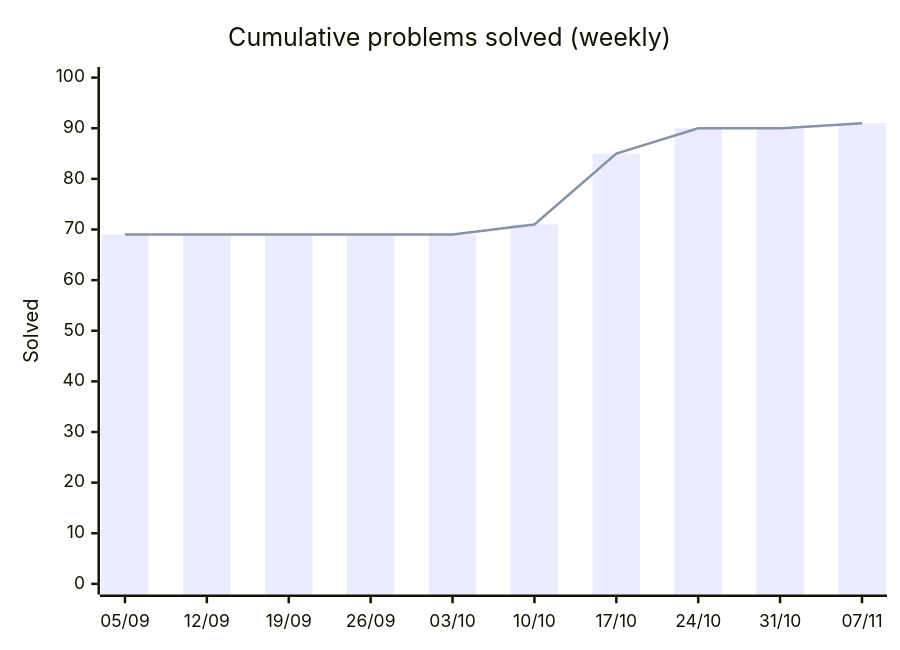
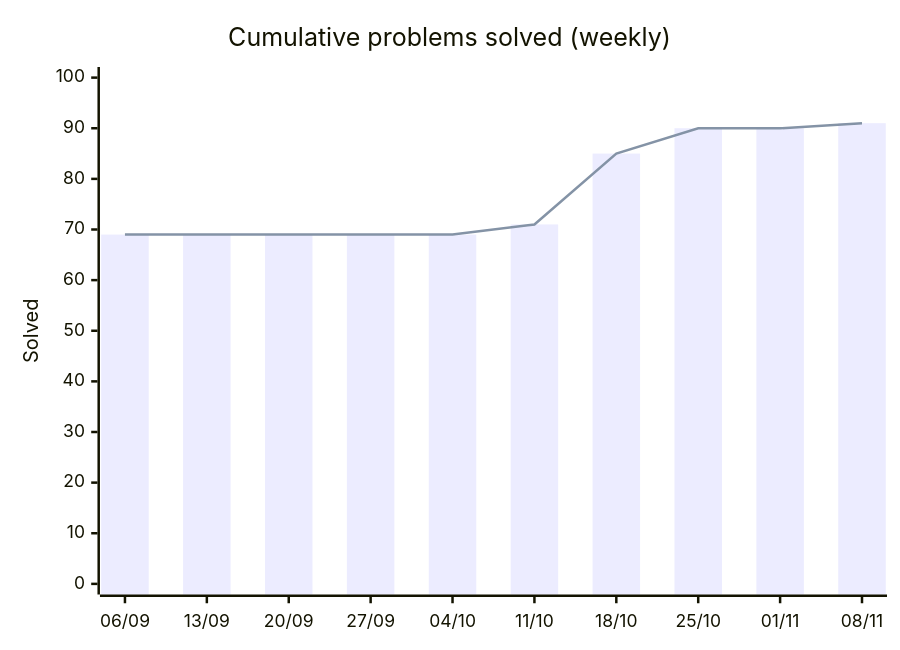
One commit to HarryTrn/TensorTonic-Solutions changed the first of 2 diagrams in README.md. Above: the diagram before and after it, drawn with Mermaid. The commit also changed other lines of this file, not shown here.

Commit message:
docs: auto-update README [skip ci]

````diff
--- a/README.md
+++ b/README.md
@@ -65,8 +65,8 @@
 ```mermaid
 xychart-beta
     title "Cumulative problems solved (weekly)"
-    x-axis ["05/09", "12/09", "19/09", "26/09", "03/10", "10/10", "17/10", "24/10", "31/10", "07/11"]
+    x-axis ["06/09", "13/09", "20/09", "27/09", "04/10", "11/10", "18/10", "25/10", "01/11", "08/11"]
     y-axis "Solved" 0 --> 100
     bar [69, 69, 69, 69, 69, 71, 85, 90, 90, 91]
     line [69, 69, 69, 69, 69, 71, 85, 90, 90, 91]
 ```
````
